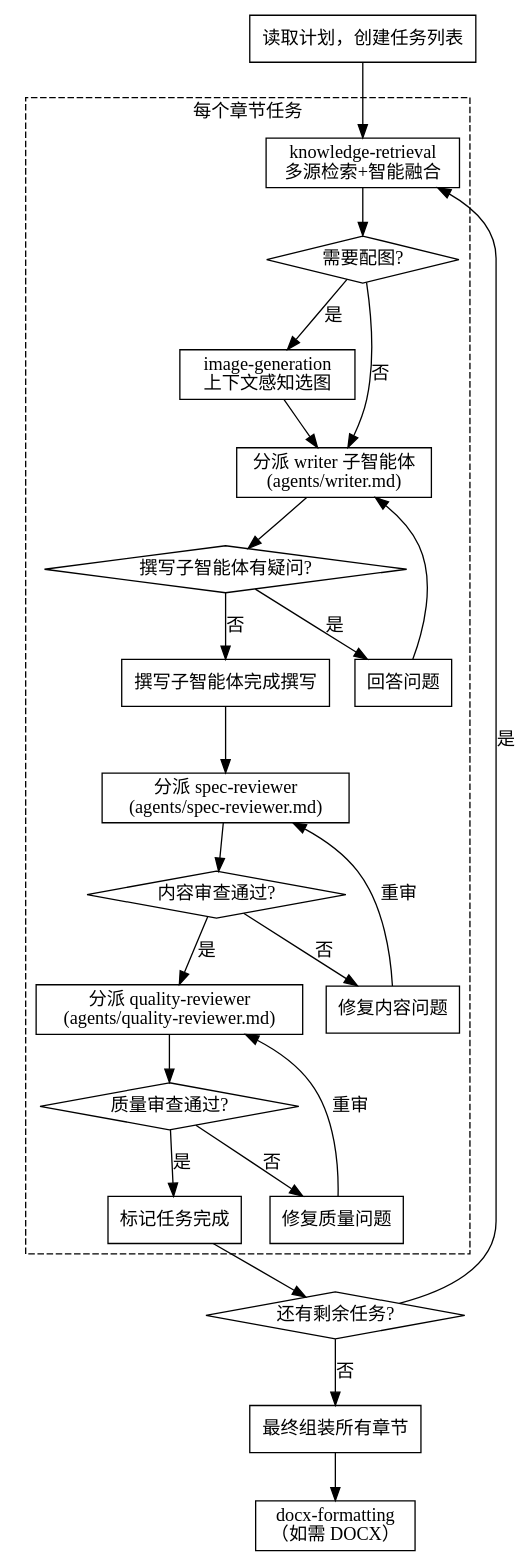
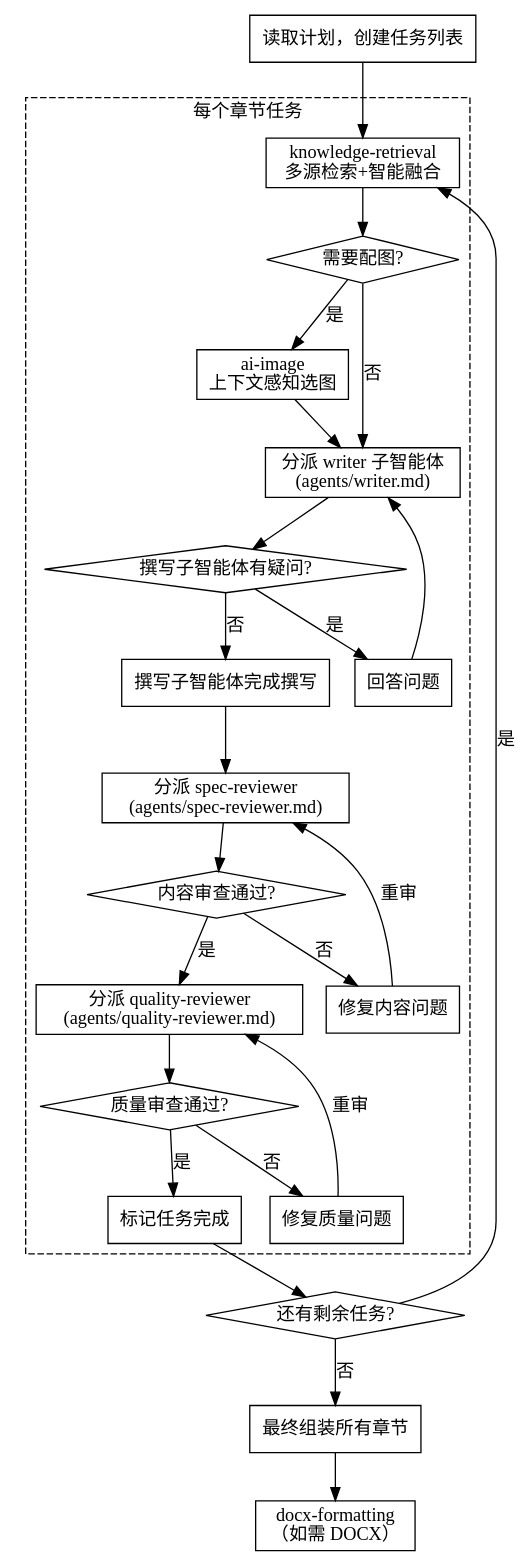
One commit to TubeLiu/presales-skills changed the diagram in solution-master/skills/solution-writing/SKILL.md. Above: the diagram before and after it, drawn with Graphviz. The commit also changed other lines of this file and 9 other files, not shown here.

````diff
--- a/solution-master/skills/solution-writing/SKILL.md
+++ b/solution-master/skills/solution-writing/SKILL.md
@@ -16,55 +16,55 @@
 ```dot
 digraph solution_writing {
     rankdir=TB;
     node [fontname="SimHei"];
 
     subgraph cluster_per_task {
         label="每个章节任务";
         style=dashed;
 
         "分派知识检索" [shape=box, label="knowledge-retrieval\n多源检索+智能融合"];
-        "分派配图规划" [shape=box, label="image-generation\n上下文感知选图"];
+        "分派配图规划" [shape=box, label="ai-image\n上下文感知选图"];
         "分派撰写子智能体" [shape=box, label="分派 writer 子智能体\n(agents/writer.md)"];
         "撰写子智能体有疑问?" [shape=diamond];
         "回答问题" [shape=box];
         "撰写子智能体完成撰写" [shape=box];
         "分派 spec-reviewer" [shape=box, label="分派 spec-reviewer\n(agents/spec-reviewer.md)"];
         "内容审查通过?" [shape=diamond];
         "修复内容问题" [shape=box];
         "分派 quality-reviewer" [shape=box, label="分派 quality-reviewer\n(agents/quality-reviewer.md)"];
         "质量审查通过?" [shape=diamond];
         "修复质量问题" [shape=box];
         "标记任务完成" [shape=box];
 
         "分派知识检索" -> "需要配图?";
         "需要配图?" [shape=diamond];
         "需要配图?" -> "分派配图规划" [label="是"];
         "需要配图?" -> "分派撰写子智能体" [label="否"];
         "分派配图规划" -> "分派撰写子智能体";
         "分派撰写子智能体" -> "撰写子智能体有疑问?";
         "撰写子智能体有疑问?" -> "回答问题" [label="是"];
         "回答问题" -> "分派撰写子智能体";
         "撰写子智能体有疑问?" -> "撰写子智能体完成撰写" [label="否"];
         "撰写子智能体完成撰写" -> "分派 spec-reviewer";
         "分派 spec-reviewer" -> "内容审查通过?";
         "内容审查通过?" -> "修复内容问题" [label="否"];
         "修复内容问题" -> "分派 spec-reviewer" [label="重审"];
         "内容审查通过?" -> "分派 quality-reviewer" [label="是"];
         "分派 quality-reviewer" -> "质量审查通过?";
         "质量审查通过?" -> "修复质量问题" [label="否"];
         "修复质量问题" -> "分派 quality-reviewer" [label="重审"];
         "质量审查通过?" -> "标记任务完成" [label="是"];
     }
 
     "读取计划，创建任务列表" [shape=box];
     "还有剩余任务?" [shape=diamond];
     "最终组装所有章节" [shape=box];
     "输出格式选择" [shape=box, label="docx-formatting\n（如需 DOCX）"];
 
     "读取计划，创建任务列表" -> "分派知识检索";
     "标记任务完成" -> "还有剩余任务?";
     "还有剩余任务?" -> "分派知识检索" [label="是"];
     "还有剩余任务?" -> "最终组装所有章节" [label="否"];
     "最终组装所有章节" -> "输出格式选择";
 }
 ```
````
